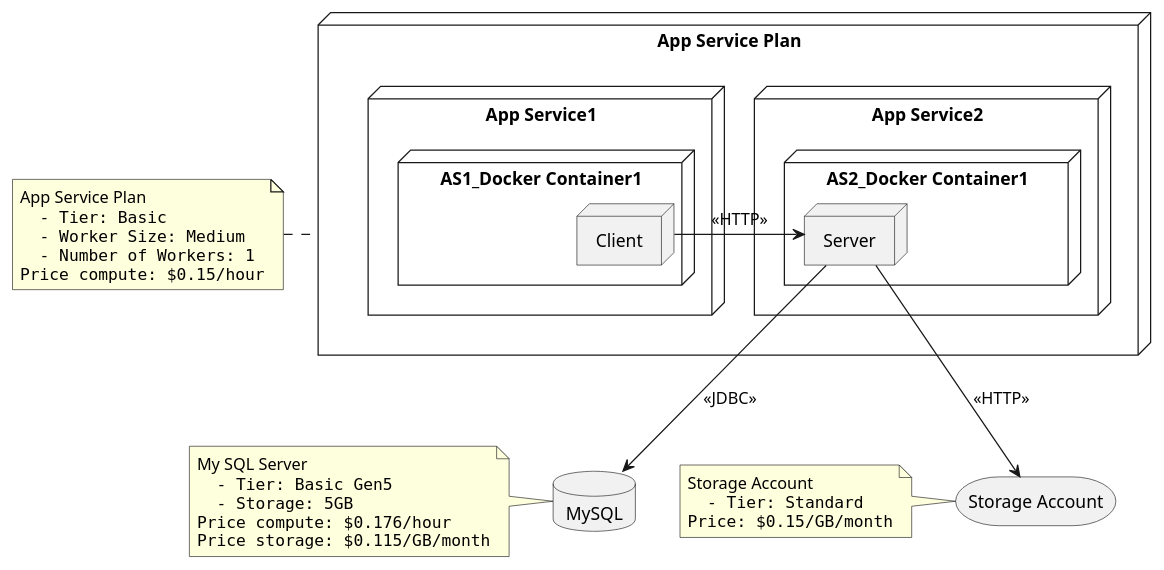
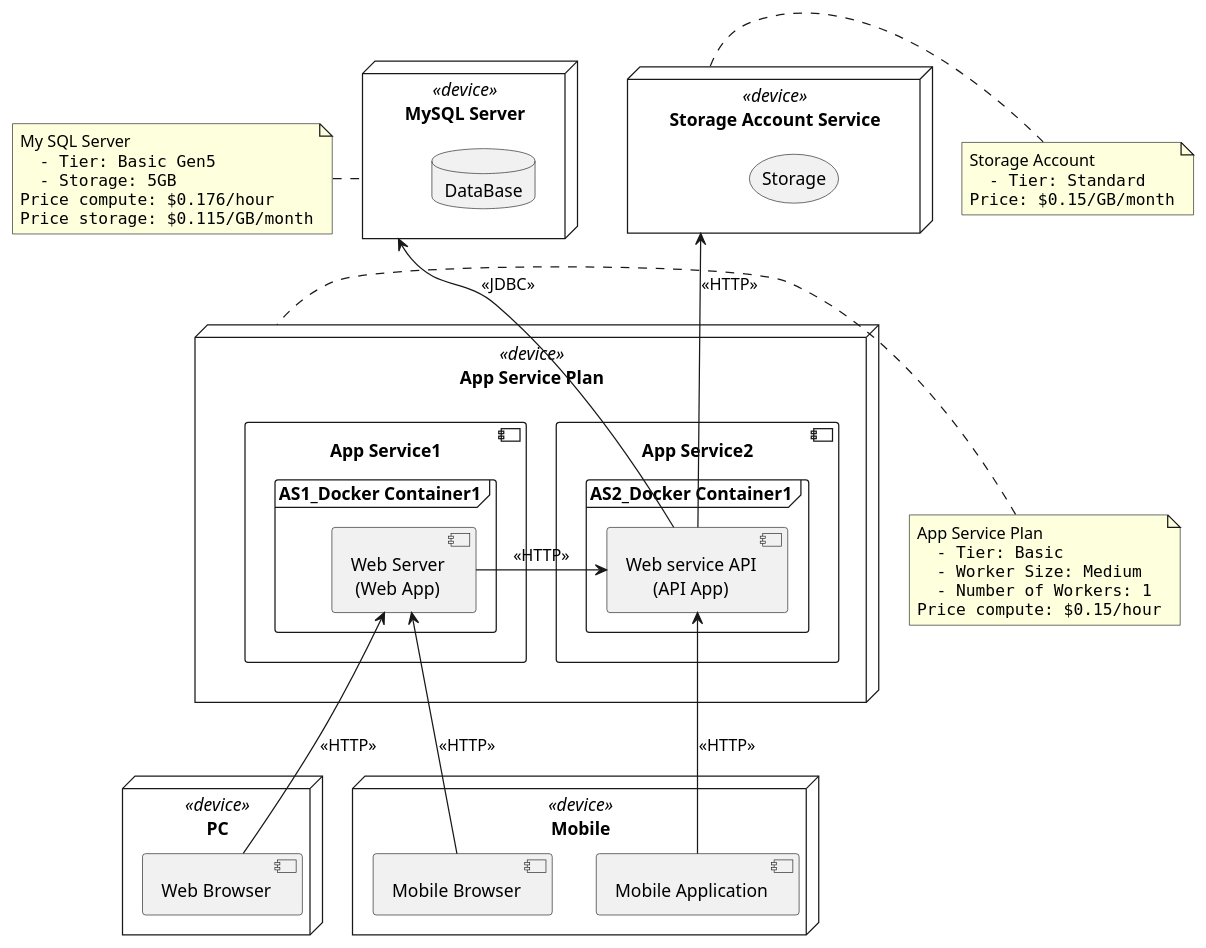
One commit to vivere-dally/thesis changed the diagram in .docs/plantuml/src/deployment/deploymentDiagram.wsd. Above: the diagram before and after it, drawn with PlantUML. The commit also changed 1 other file, not shown here.

```diff
--- a/.docs/plantuml/src/deployment/deploymentDiagram.wsd
+++ b/.docs/plantuml/src/deployment/deploymentDiagram.wsd
@@ -1,56 +1,76 @@
 @startuml DeploymentDiagram
 
 ' Declaration
 ' node ASP
 ' node Client
 ' node Server
-database MySQL
-storage "Storage Account" as SA
+node "MySQL Server" as MySQL <<device>> {
+  database DataBase
+}
+
+note left of MySQL
+My SQL Server
+<code>
+  - Tier: Basic Gen5
+  - Storage: 5GB
+Price compute: $0.176/hour
+Price storage: $0.115/GB/month
+</code>
+end note
+
+node "Storage Account Service" <<device>> as SA {
+  storage Storage
+}
+
+note right of SA
+Storage Account
+<code>
+  - Tier: Standard
+Price: $0.15/GB/month
+</code>
+end note
+
+node "PC" <<device>> {
+  component "Web Browser" as WB
+}
+
+node "Mobile" <<device>> {
+  component "Mobile Browser" as MB
+  component "Mobile Application" as MA
+}
 
 ' Dependency
-node "App Service Plan" as ASP {
-  node "App Service2" as AP2 {
-    node "AS2_Docker Container1" as DC2 {
-      node Server
+node "App Service Plan" <<device>> as ASP {
+  component "App Service2" as AP2 {
+    frame "AS2_Docker Container1" as DC2 {
+      component "Web service API\n      (API App)" as Server
     }
   }
-  node "App Service1" as AP1 {
-    node "AS1_Docker Container1" as DC1 {
-      node Client
+
+  component "App Service1" as AP1 {
+    frame "AS1_Docker Container1" as DC1 {
+      component "Web Server\n (Web App)" as Client
     }
   }
 }
 
 note left of ASP
 App Service Plan
 <code>
   - Tier: Basic
   - Worker Size: Medium
   - Number of Workers: 1
 Price compute: $0.15/hour
 </code>
 end note
 
 
 Client -> Server: <<HTTP>>
-Server --> MySQL: <<JDBC>>
-Server --> SA: <<HTTP>>
+Server -u-> MySQL: <<JDBC>>
+Server -u-> SA: <<HTTP>>
 
-note left of MySQL
-My SQL Server
-<code>
-  - Tier: Basic Gen5
-  - Storage: 5GB
-Price compute: $0.176/hour
-Price storage: $0.115/GB/month
-</code>
-end note
+WB -u-> Client: <<HTTP>>
+MB -u-> Client: <<HTTP>>
+MA -u-> Server: <<HTTP>>
 
-note left of SA
-Storage Account
-<code>
-  - Tier: Standard
-Price: $0.15/GB/month
-</code>
-end note
 @enduml
```
